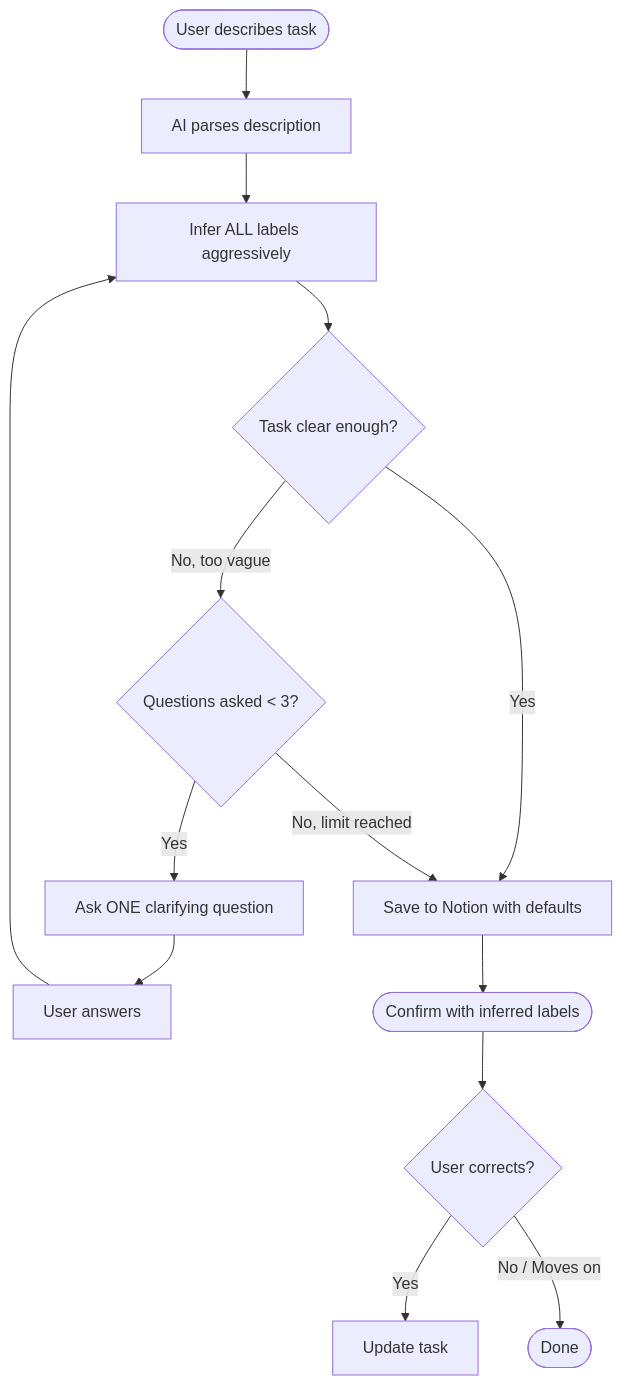
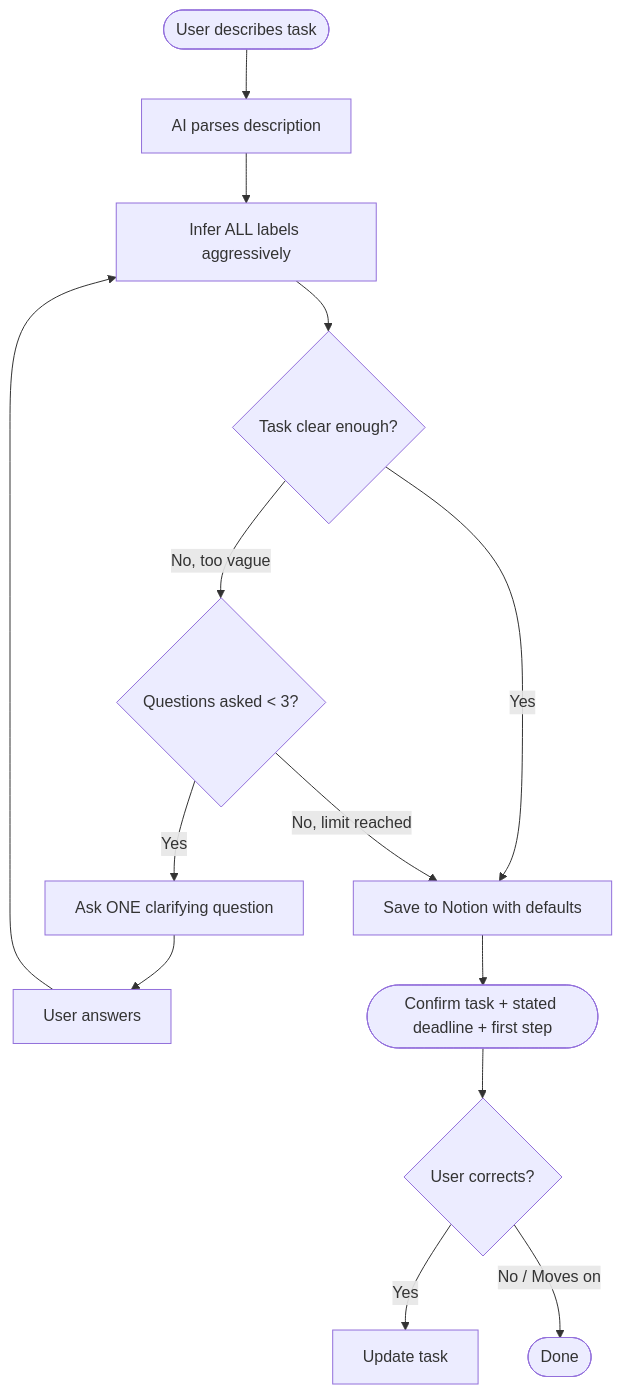
The third of 28 diagrams in docs/user-interactions.md (NickBorgersProbably/hide-my-list), drawn with Mermaid before and after one commit. The commit also changed other lines of this file and 63 other files, not shown here.

First line of the commit message:
Classifier examples, intake already-done handoff, one-sentence confirmations, unlisted-report flow, node context (#677)

````diff
--- a/docs/user-interactions.md
+++ b/docs/user-interactions.md
@@ -88,16 +111,16 @@
 ```mermaid
 flowchart TD
     Start([User describes task]) --> Parse[AI parses description]
     Parse --> Infer[Infer ALL labels aggressively]
     Infer --> Clear{Task clear enough?}
     Clear -->|Yes| Save[Save to Notion with defaults]
     Clear -->|No, too vague| AskCount{Questions asked < 3?}
     AskCount -->|Yes| Ask[Ask ONE clarifying question]
     AskCount -->|No, limit reached| Save
     Ask --> UserAnswer[User answers]
     UserAnswer --> Infer
-    Save --> Confirm([Confirm with inferred labels])
+    Save --> Confirm([Confirm task + stated deadline + first step])
     Confirm --> Correction{User corrects?}
     Correction -->|Yes| Update[Update task]
     Correction -->|No / Moves on| Done([Done])
 ```
````
